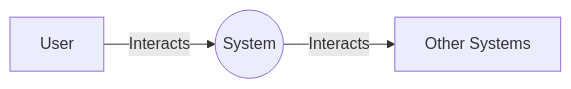
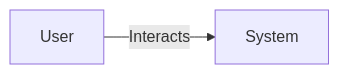
One commit to randreu28/infrastructure-mastery changed the first of 2 diagrams in README.md. Above: the diagram before and after it, drawn with Mermaid. The commit also changed other lines of this file and 1 other file, not shown here.

````diff
--- a/README.md
+++ b/README.md
@@ -98,5 +98,4 @@
 ```mermaid
 graph LR
-A[User] -- Interacts --> B((System))
-B -- Interacts --> C[Other Systems]
+A[User] -- Interacts --> B[System]
 ```
````
